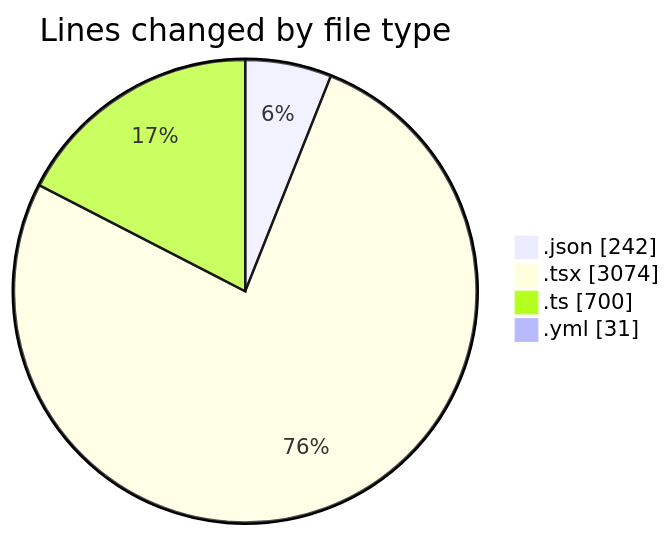
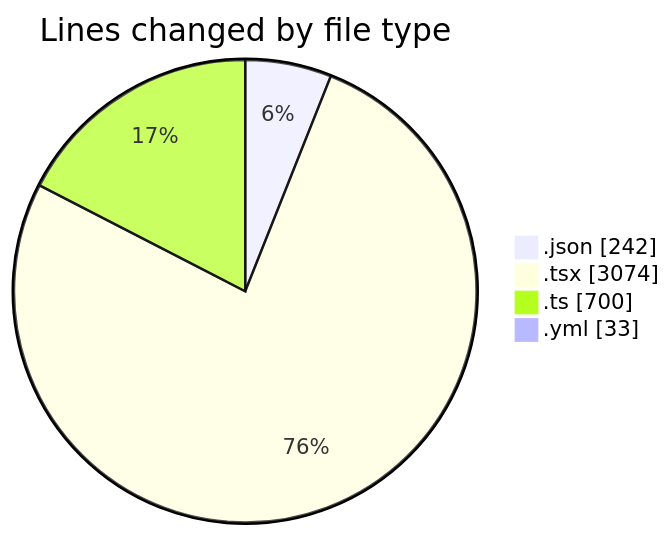
Before and after one commit to julien-gomy/code-tracking: the first of 2 diagrams in 2025-11-17/eventscop-frontend-guide__workspace_/README.md, drawn with Mermaid. The commit also changed other lines of this file and 1 other file, not shown here.

````diff
--- a/2025-11-17/eventscop-frontend-guide__workspace_/README.md
+++ b/2025-11-17/eventscop-frontend-guide__workspace_/README.md
@@ -43,8 +43,8 @@
 ```mermaid
 pie showData
 title Lines changed by file type
 ".json" : 242
 ".tsx" : 3074
 ".ts" : 700
-".yml" : 31
+".yml" : 33
 ```
````
